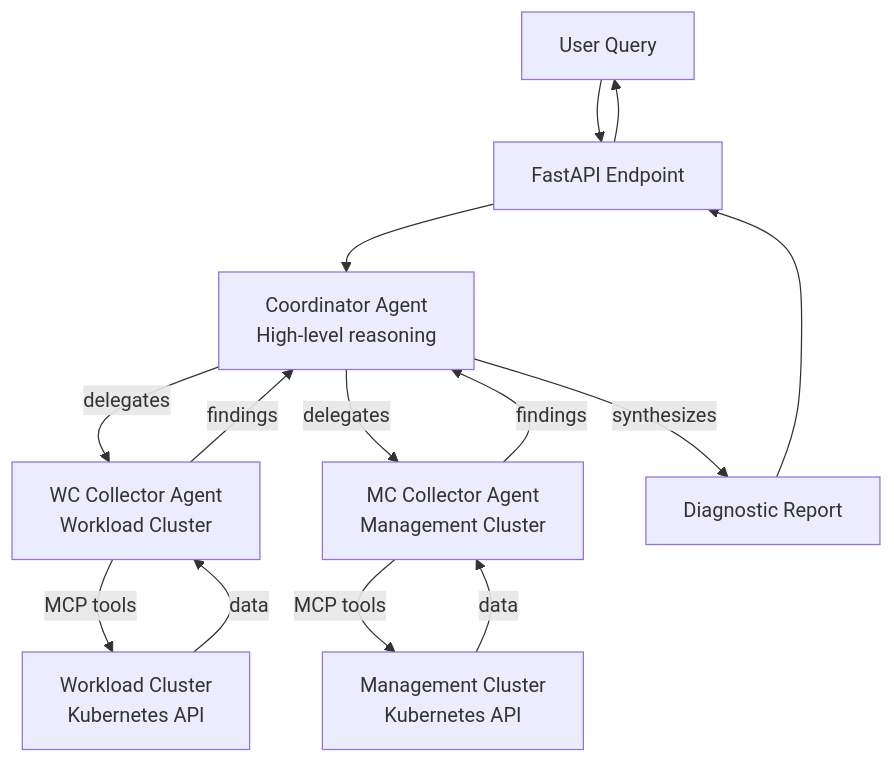
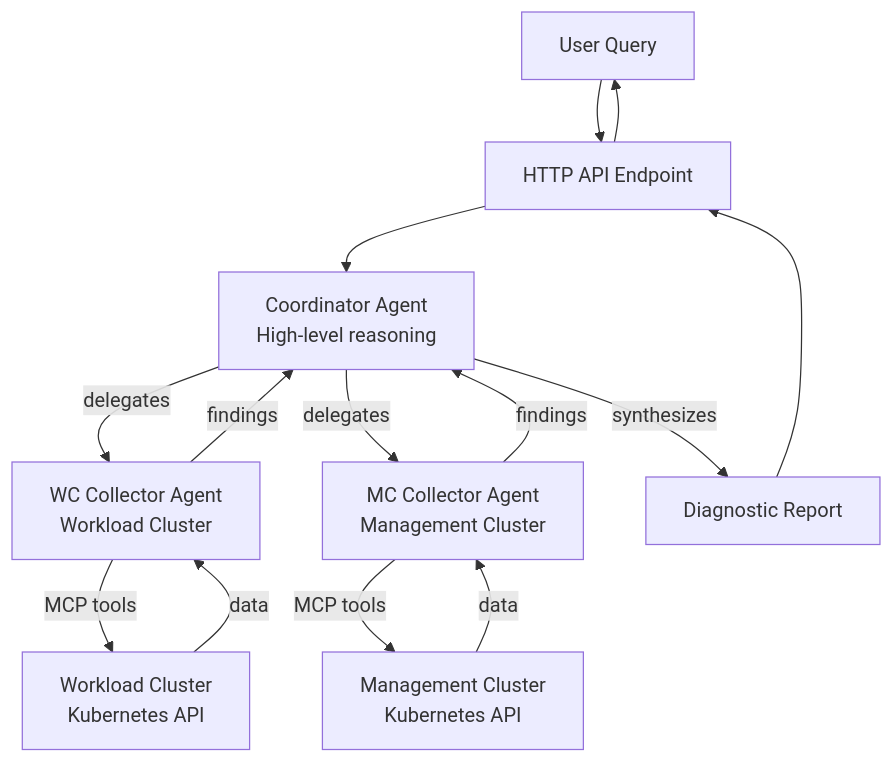
One commit to giantswarm/shoot changed the diagram in README.md. Above: the diagram before and after it, drawn with Mermaid. The commit also changed other lines of this file and 22 other files, not shown here.

````diff
--- a/README.md
+++ b/README.md
@@ -20,21 +20,21 @@
 ```mermaid
 graph TD
-    User[User Query] --> API[FastAPI Endpoint]
+    User[User Query] --> API[HTTP API Endpoint]
     API --> Coordinator[Coordinator Agent<br/>High-level reasoning]
     
     Coordinator -->|delegates| WC[WC Collector Agent<br/>Workload Cluster]
     Coordinator -->|delegates| MC[MC Collector Agent<br/>Management Cluster]
     
     WC -->|MCP tools| WC_K8s[Workload Cluster<br/>Kubernetes API]
     MC -->|MCP tools| MC_K8s[Management Cluster<br/>Kubernetes API]
     
     WC_K8s -->|data| WC
     MC_K8s -->|data| MC
     
     WC -->|findings| Coordinator
     MC -->|findings| Coordinator
     
     Coordinator -->|synthesizes| Report[Diagnostic Report]
     Report --> API
     API --> User
 ```
````
